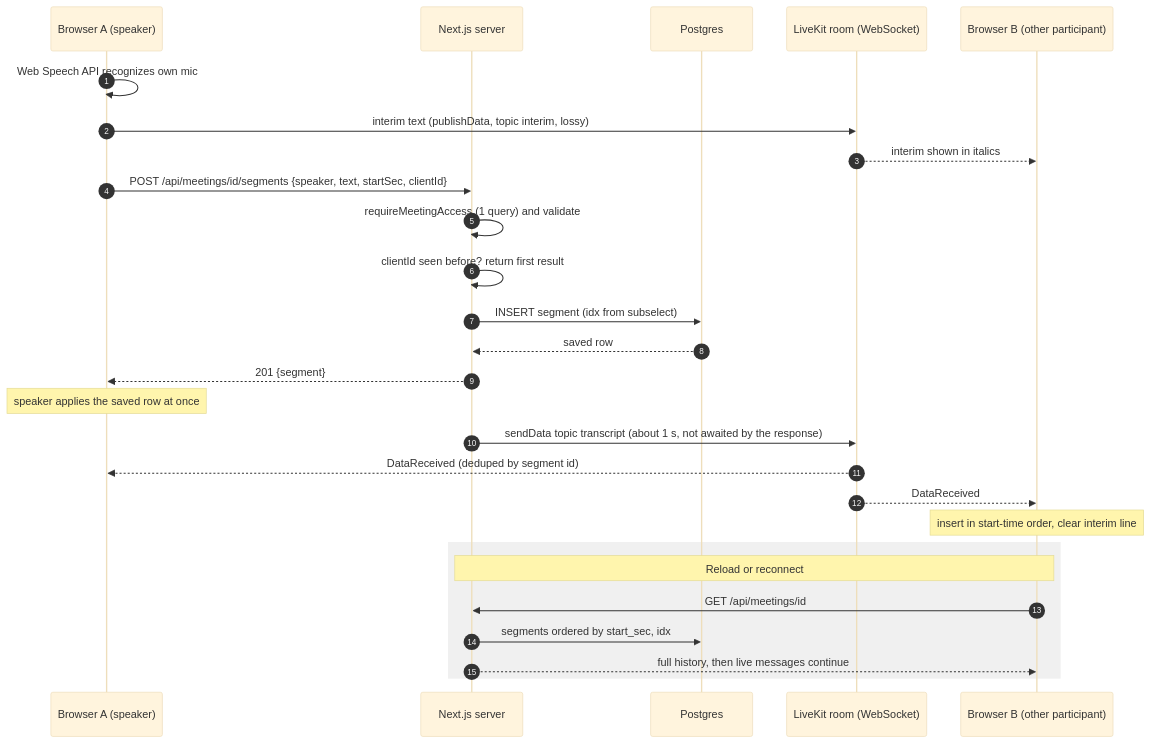
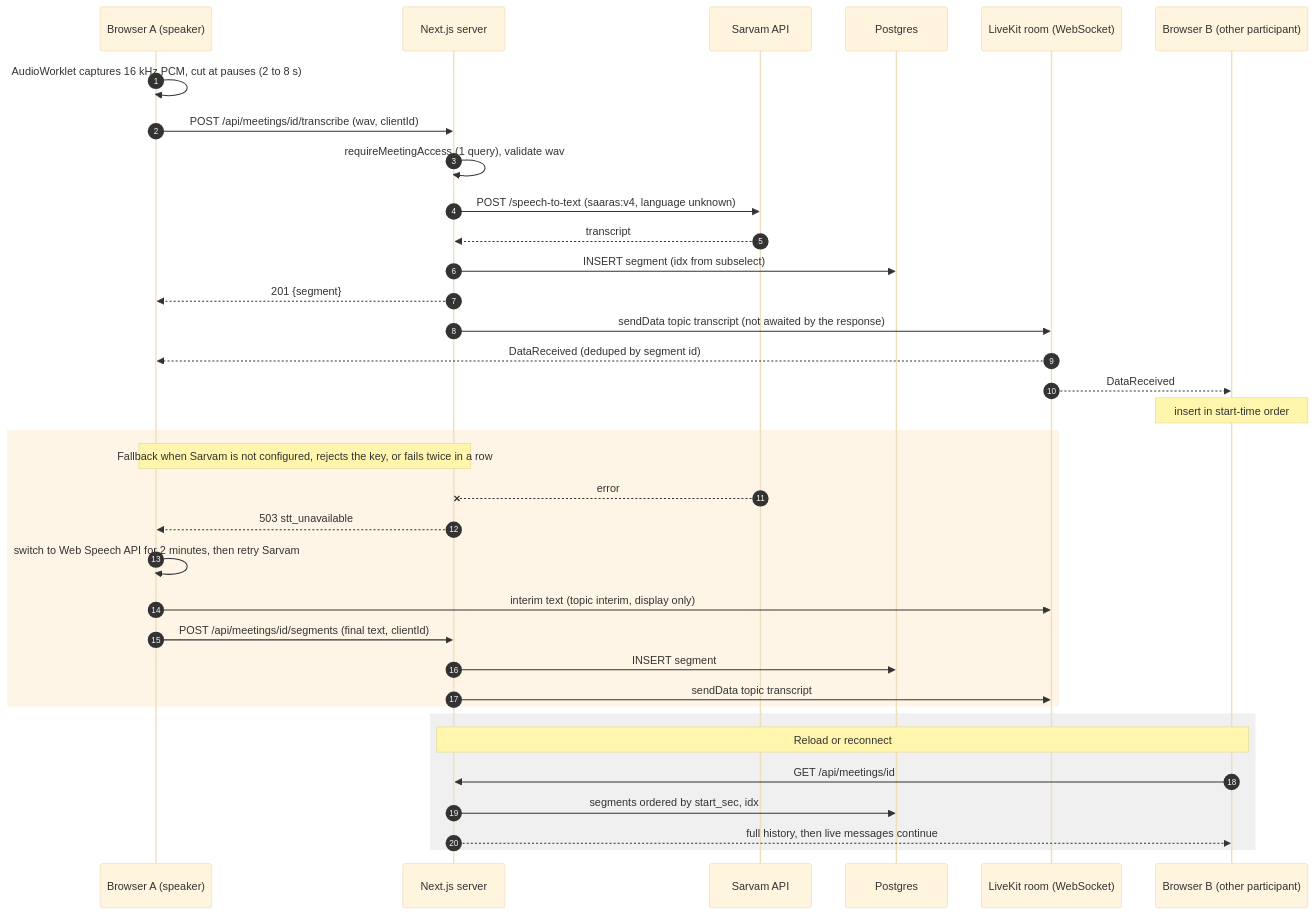
One commit to Anilkumark17/validate changed the second of 7 diagrams in docs/architecture-diagram.md. Above: the diagram before and after it, drawn with Mermaid (base theme). The commit also changed other lines of this file and 155 other files, not shown here.

````diff
--- a/docs/architecture-diagram.md
+++ b/docs/architecture-diagram.md
@@ -50,32 +61,40 @@
 ```mermaid
 sequenceDiagram
     autonumber
     participant A as Browser A (speaker)
     participant S as Next.js server
+    participant SV as Sarvam API
     participant DB as Postgres
     participant LK as LiveKit room (WebSocket)
     participant B as Browser B (other participant)
 
-    A->>A: Web Speech API recognizes own mic
-    A->>LK: interim text (publishData, topic interim, lossy)
-    LK-->>B: interim shown in italics
-
-    A->>S: POST /api/meetings/id/segments {speaker, text, startSec, clientId}
-    S->>S: requireMeetingAccess (1 query) and validate
-    S->>S: clientId seen before? return first result
+    A->>A: AudioWorklet captures 16 kHz PCM, cut at pauses (2 to 8 s)
+    A->>S: POST /api/meetings/id/transcribe (wav, clientId)
+    S->>S: requireMeetingAccess (1 query), validate wav
+    S->>SV: POST /speech-to-text (saaras:v4, language unknown)
+    SV-->>S: transcript
     S->>DB: INSERT segment (idx from subselect)
-    DB-->>S: saved row
     S-->>A: 201 {segment}
-    Note over A: speaker applies the saved row at once
-    S->>LK: sendData topic transcript (about 1 s, not awaited by the response)
+    S->>LK: sendData topic transcript (not awaited by the response)
     LK-->>A: DataReceived (deduped by segment id)
     LK-->>B: DataReceived
-    Note over B: insert in start-time order, clear interim line
+    Note over B: insert in start-time order
+
+    rect rgb(255,245,230)
+    Note over A,S: Fallback when Sarvam is not configured, rejects the key, or fails twice in a row
+    SV--xS: error
+    S-->>A: 503 stt_unavailable
+    A->>A: switch to Web Speech API for 2 minutes, then retry Sarvam
+    A->>LK: interim text (topic interim, display only)
+    A->>S: POST /api/meetings/id/segments (final text, clientId)
+    S->>DB: INSERT segment
+    S->>LK: sendData topic transcript
+    end
 
     rect rgb(240,240,240)
     Note over B,S: Reload or reconnect
     B->>S: GET /api/meetings/id
     S->>DB: segments ordered by start_sec, idx
     S-->>B: full history, then live messages continue
     end
 ```
````
